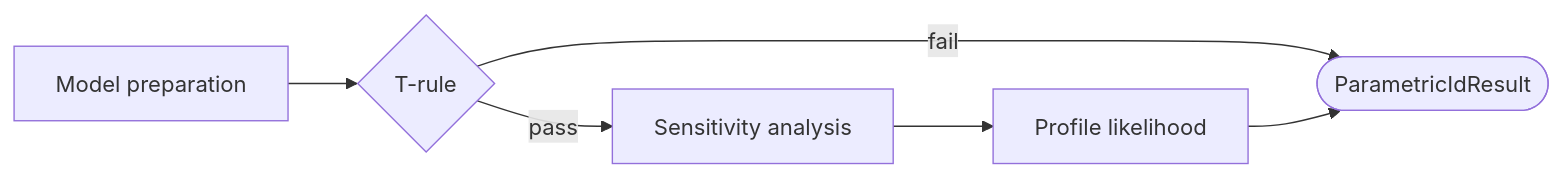
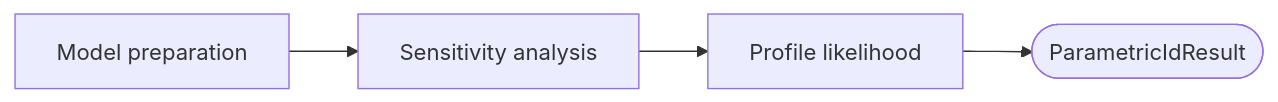
The diagram in docs/pipeline/04b-parametric-identifiability.md (ma9o/causal-ssm-agent), drawn with Mermaid before and after one commit. The commit also changed other lines of this file and 17 other files, not shown here.

````diff
--- a/docs/pipeline/04b-parametric-identifiability.md
+++ b/docs/pipeline/04b-parametric-identifiability.md
@@ -22,5 +22,4 @@
 ```mermaid
 flowchart LR
-    M[Model preparation] --> T{T-rule} -- fail --> R([ParametricIdResult])
-    T -- pass --> S[Sensitivity analysis] --> P[Profile likelihood] --> R
+    M[Model preparation] --> S[Sensitivity analysis] --> P[Profile likelihood] --> R([ParametricIdResult])
 ```
````
